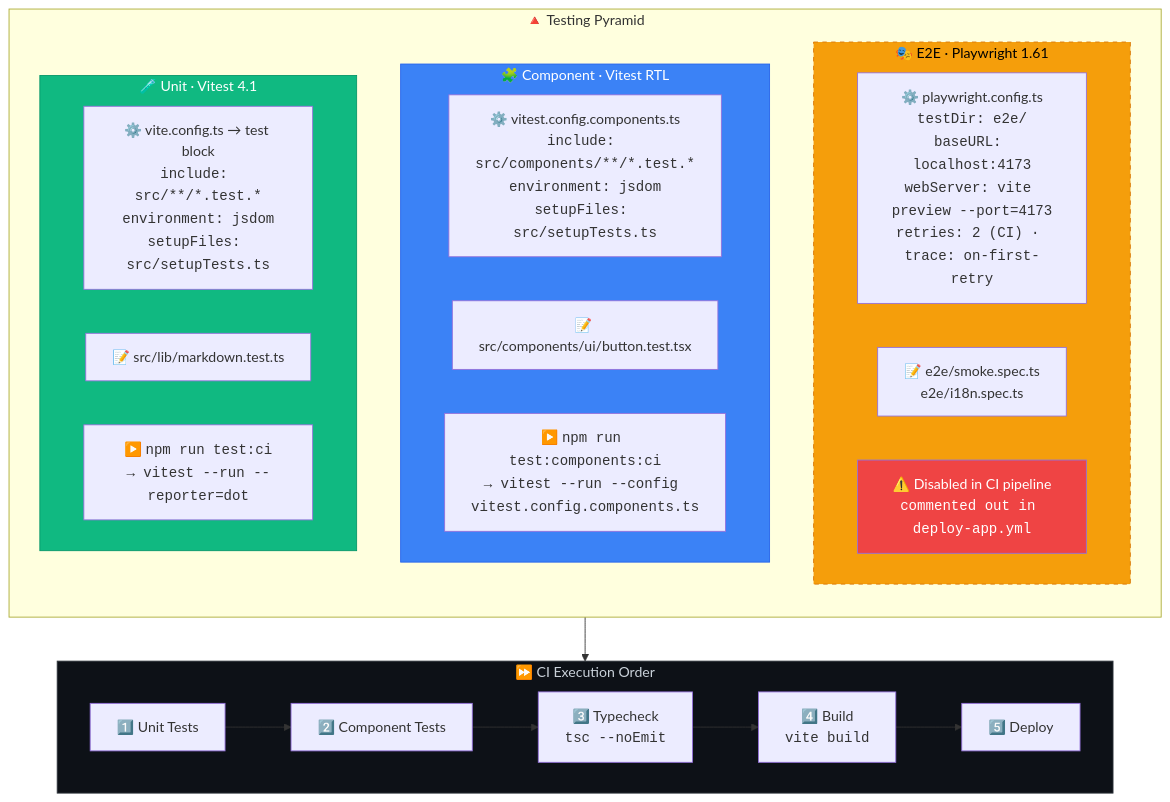
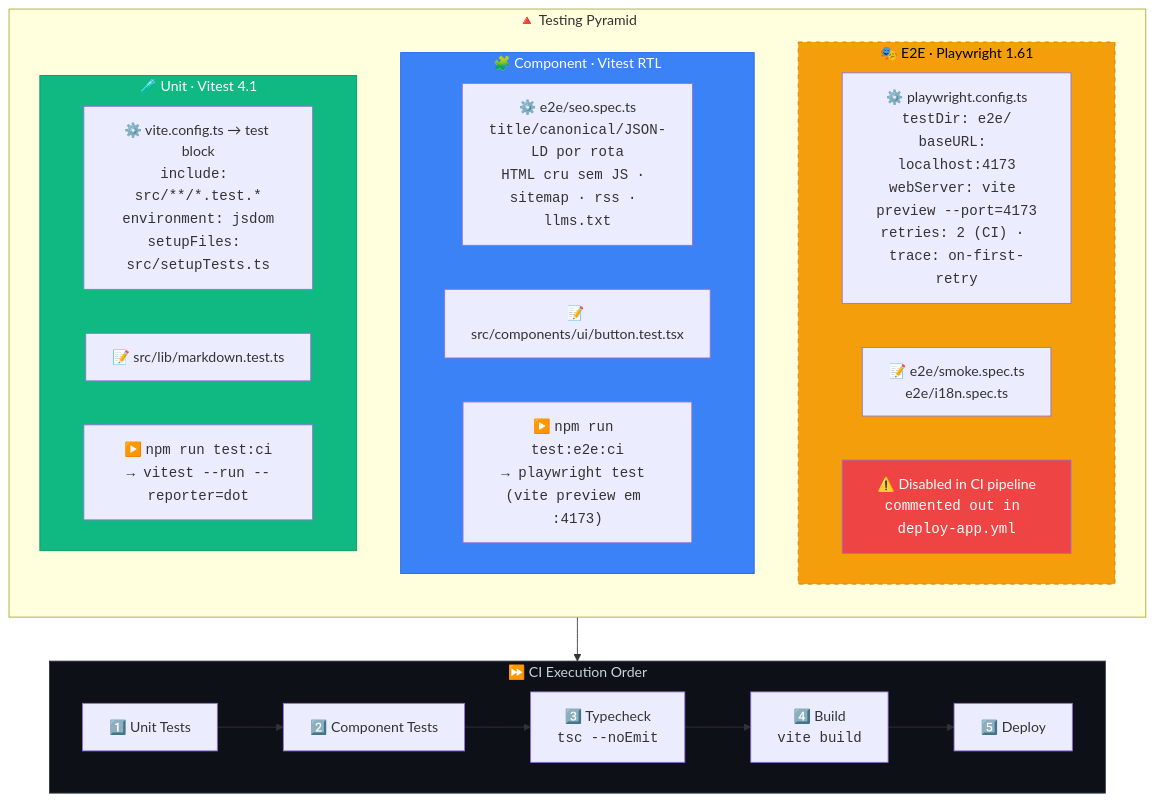
One commit to orafaelferreiraa/orafaelferreira-com changed the fourth of 5 diagrams in README.md. Above: the diagram before and after it, drawn with Mermaid. The commit also changed other lines of this file and 266 other files, not shown here.

````diff
--- a/README.md
+++ b/README.md
@@ -473,37 +476,37 @@
 ```mermaid
 flowchart TB
     subgraph pyramid["🔺 Testing Pyramid"]
         direction TB
         
         subgraph e2e_layer["🎭 E2E · Playwright 1.61"]
             e2e_config["⚙️ playwright.config.ts<br/><code>testDir: e2e/<br/>baseURL: localhost:4173<br/>webServer: vite preview --port=4173<br/>retries: 2 (CI) · trace: on-first-retry</code>"]
             e2e_specs["📝 e2e/smoke.spec.ts<br/>e2e/i18n.spec.ts"]
             e2e_status["⚠️ Disabled in CI pipeline<br/><code>commented out in deploy-app.yml</code>"]
         end
 
         subgraph comp_layer["🧩 Component · Vitest RTL"]
-            comp_config["⚙️ vitest.config.components.ts<br/><code>include: src/components/**/*.test.*<br/>environment: jsdom<br/>setupFiles: src/setupTests.ts</code>"]
+            comp_config["⚙️ e2e/seo.spec.ts<br/><code>title/canonical/JSON-LD por rota<br/>HTML cru sem JS · sitemap · rss · llms.txt</code>"]
             comp_specs["📝 src/components/ui/button.test.tsx"]
-            comp_cmd["▶️ <code>npm run test:components:ci<br/>→ vitest --run --config vitest.config.components.ts</code>"]
+            comp_cmd["▶️ <code>npm run test:e2e:ci<br/>→ playwright test (vite preview em :4173)</code>"]
         end
 
         subgraph unit_layer["🧪 Unit · Vitest 4.1"]
             unit_config["⚙️ vite.config.ts → test block<br/><code>include: src/**/*.test.*<br/>environment: jsdom<br/>setupFiles: src/setupTests.ts</code>"]
             unit_specs["📝 src/lib/markdown.test.ts"]
             unit_cmd["▶️ <code>npm run test:ci<br/>→ vitest --run --reporter=dot</code>"]
         end
     end
 
     subgraph ci_order["⏩ CI Execution Order"]
         direction LR
         step1["1️⃣ Unit Tests"] --> step2["2️⃣ Component Tests"] --> step3["3️⃣ Typecheck<br/><code>tsc --noEmit</code>"] --> step4["4️⃣ Build<br/><code>vite build</code>"] --> step5["5️⃣ Deploy"]
     end
 
     pyramid --> ci_order
 
     style e2e_layer fill:#f59e0b,color:#000,stroke:#d97706,stroke-dasharray: 5 5
     style comp_layer fill:#3b82f6,color:#fff,stroke:#2563eb
     style unit_layer fill:#10b981,color:#fff,stroke:#059669
     style e2e_status fill:#ef4444,color:#fff
     style ci_order fill:#0d1117,color:#c9d1d9,stroke:#30363d
 ```
````
